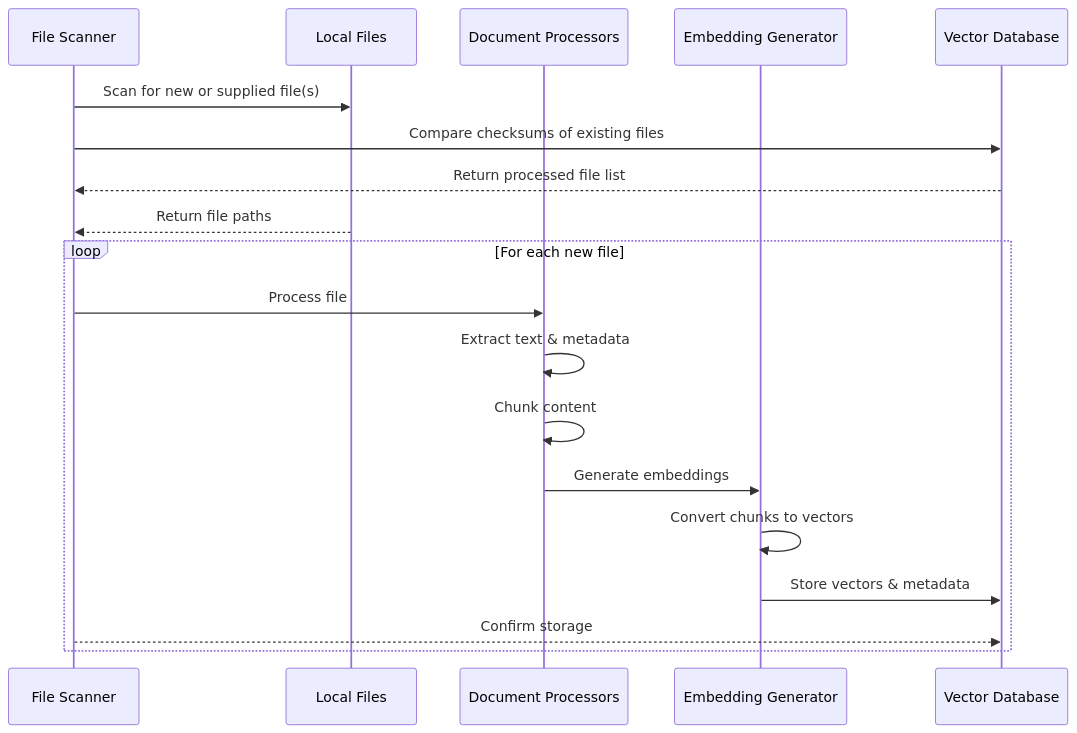
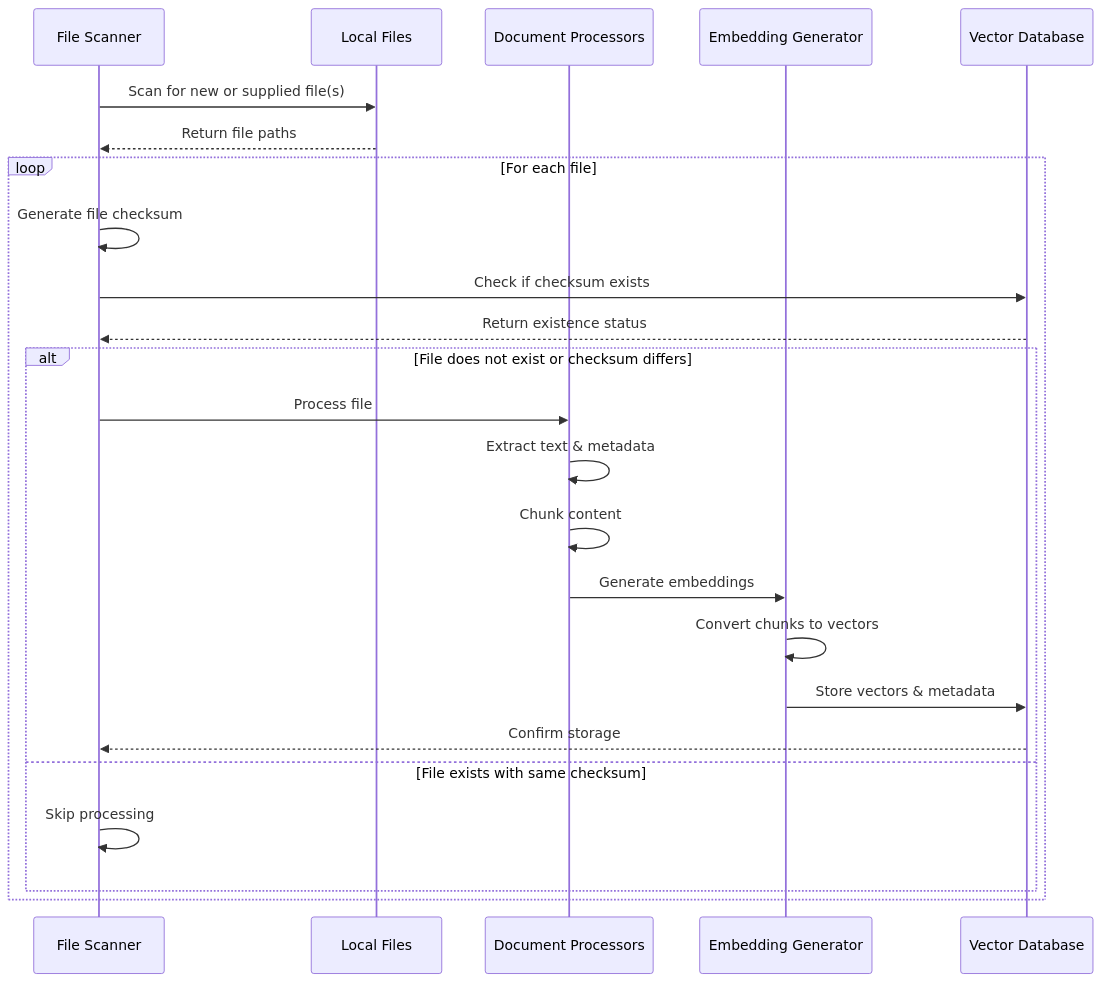
Before and after one commit to shepner/qa_system: the diagram in ARCHITECTURE-add-flow.md, drawn with Mermaid. The commit also changed other lines of this file and 5 other files, not shown here.

Commit message:
docs: Update architecture documentation

````diff
--- a/ARCHITECTURE-add-flow.md
+++ b/ARCHITECTURE-add-flow.md
@@ -27,25 +42,30 @@
 ```mermaid
 sequenceDiagram
     participant FS as File Scanner
     participant LF as Local Files
     participant DP as Document Processors
     participant EG as Embedding Generator
     participant VDB as Vector Database
 
     FS->>LF: Scan for new or supplied file(s)
-    FS->>VDB: Compare checksums of existing files
-    VDB-->>FS: Return processed file list
     LF-->>FS: Return file paths
     
-    loop For each new file
-        FS->>DP: Process file
-        DP->>DP: Extract text & metadata
-        DP->>DP: Chunk content
-        DP->>EG: Generate embeddings
+    loop For each file
+        FS->>FS: Generate file checksum
+        FS->>VDB: Check if checksum exists
+        VDB-->>FS: Return existence status
         
-        EG->>EG: Convert chunks to vectors
-        EG->>VDB: Store vectors & metadata
-
-        FS-->>VDB: Confirm storage
+        alt File does not exist or checksum differs
+            FS->>DP: Process file
+            DP->>DP: Extract text & metadata
+            DP->>DP: Chunk content
+            DP->>EG: Generate embeddings
+            
+            EG->>EG: Convert chunks to vectors
+            EG->>VDB: Store vectors & metadata
+            VDB-->>FS: Confirm storage
+        else File exists with same checksum
+            FS->>FS: Skip processing
+        end
     end
 ```
````
